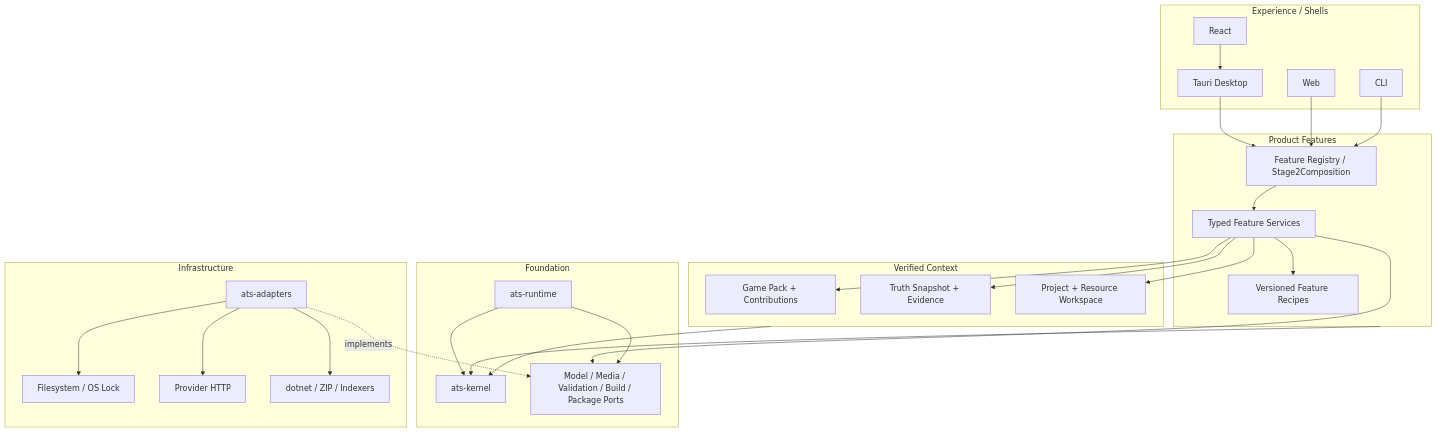
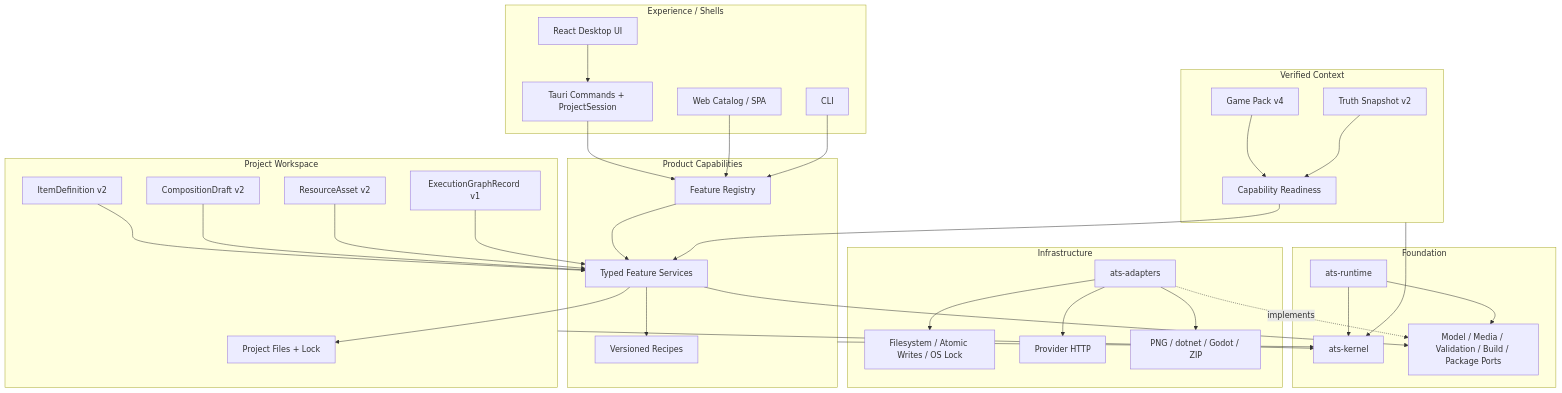
One commit to Frashmeat/AgentForSTS2 changed the first of 2 diagrams in docs/01-总览/项目架构总览.md. Above: the diagram before and after it, drawn with Mermaid. The commit also changed other lines of this file and 9 other files, not shown here.

Commit message:
docs(stage2): consolidate current architecture guidance

````diff
--- a/docs/01-总览/项目架构总览.md
+++ b/docs/01-总览/项目架构总览.md
@@ -11,53 +27,67 @@
 ```mermaid
 flowchart TB
     subgraph Shells[Experience / Shells]
-        React[React]
-        Tauri[Tauri Desktop]
-        Web[Web]
+        React[React Desktop UI]
+        Tauri[Tauri Commands + ProjectSession]
+        Web[Web Catalog / SPA]
         CLI[CLI]
     end
 
-    subgraph Product[Product Features]
-        Facade[Feature Registry / Stage2Composition]
+    subgraph Product[Product Capabilities]
+        Registry[Feature Registry]
         Features[Typed Feature Services]
-        Recipes[Versioned Feature Recipes]
+        Recipes[Versioned Recipes]
     end
 
     subgraph Context[Verified Context]
-        Pack[Game Pack + Contributions]
-        Truth[Truth Snapshot + Evidence]
-        Workspace[Project + Resource Workspace]
+        Pack[Game Pack v4]
+        Truth[Truth Snapshot v2]
+        Ready[Capability Readiness]
+    end
+
+    subgraph Workspace[Project Workspace]
+        Item[ItemDefinition v2]
+        Draft[CompositionDraft v2]
+        Resource[ResourceAsset v2]
+        Graph[ExecutionGraphRecord v1]
+        Project[Project Files + Lock]
     end
 
     subgraph Foundation[Foundation]
         Kernel[ats-kernel]
         Runtime[ats-runtime]
         Ports[Model / Media / Validation / Build / Package Ports]
     end
 
-    subgraph Infra[Infrastructure]
+    subgraph Infrastructure[Infrastructure]
         Adapters[ats-adapters]
-        FS[Filesystem / OS Lock]
+        FS[Filesystem / Atomic Writes / OS Lock]
         HTTP[Provider HTTP]
-        Tools[dotnet / ZIP / Indexers]
+        Tools[PNG / dotnet / Godot / ZIP]
     end
 
     React --> Tauri
-    Tauri --> Facade
-    Web --> Facade
-    CLI --> Facade
-    Facade --> Features
+    Tauri --> Registry
+    Web --> Registry
+    CLI --> Registry
+    Registry --> Features
     Features --> Recipes
-    Features --> Pack
-    Features --> Truth
-    Features --> Workspace
+    Pack --> Ready
+    Truth --> Ready
+    Ready --> Features
+    Item --> Features
+    Draft --> Features
+    Resource --> Features
+    Graph --> Features
     Features --> Ports
+    Features --> Project
     Runtime --> Ports
     Adapters -. implements .-> Ports
     Adapters --> FS
     Adapters --> HTTP
     Adapters --> Tools
     Product --> Kernel
     Context --> Kernel
+    Workspace --> Kernel
     Runtime --> Kernel
 ```
````
